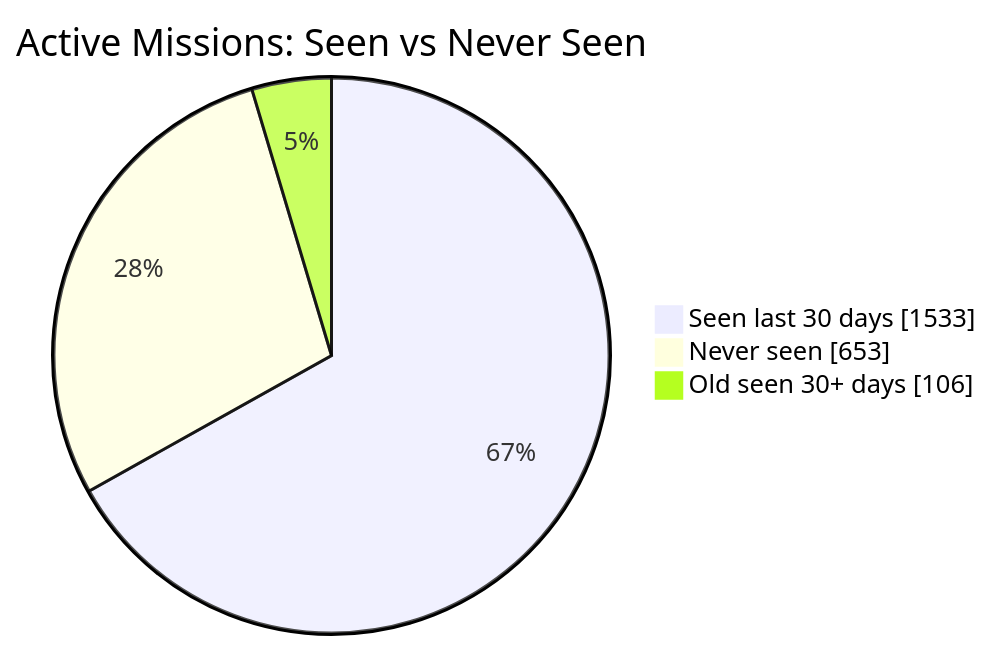
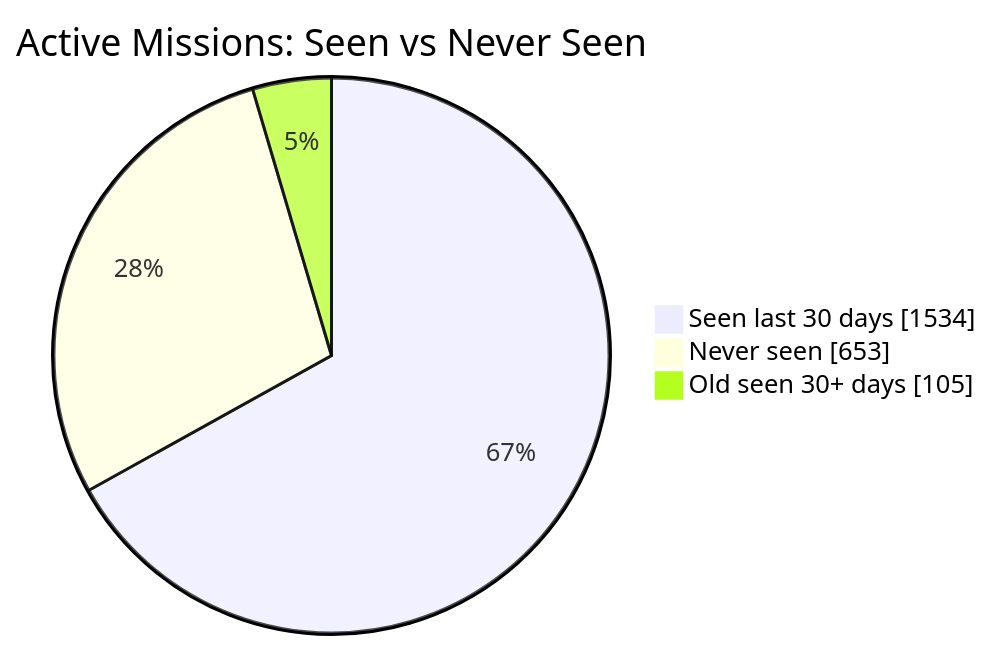
The first of 2 diagrams in README.md (MeldkamerspelGameTeam/active-missions), drawn with Mermaid before and after one commit. The commit also changed other lines of this file and 2 other files, not shown here.

````diff
--- a/README.md
+++ b/README.md
@@ -34,7 +34,7 @@
 ```mermaid
 pie showData
     title Active Missions: Seen vs Never Seen
-    "Seen last 30 days" : 1533
+    "Seen last 30 days" : 1534
     "Never seen" : 653
-    "Old seen 30+ days" : 106
+    "Old seen 30+ days" : 105
 ```
````
